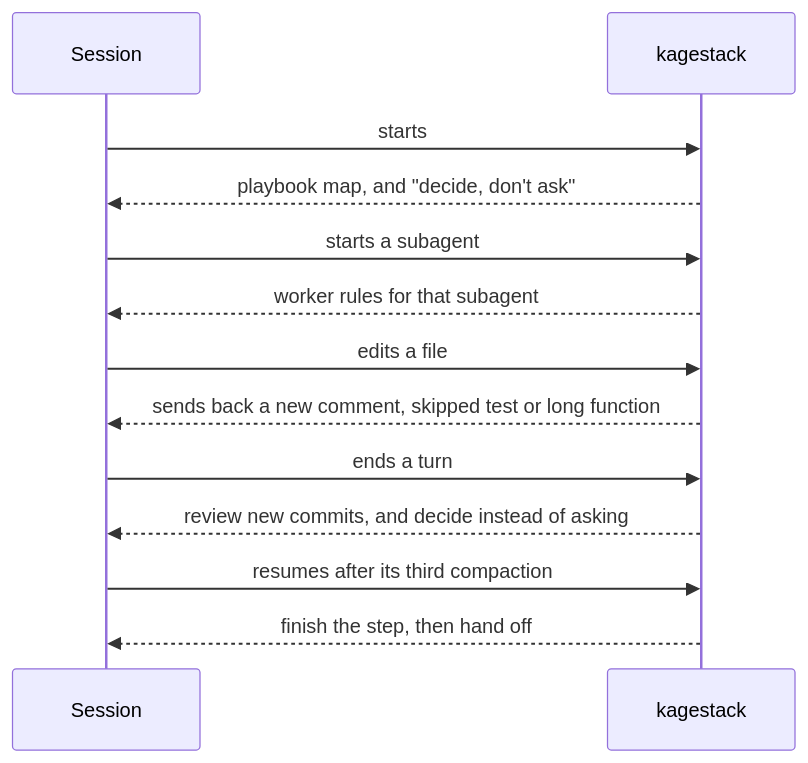
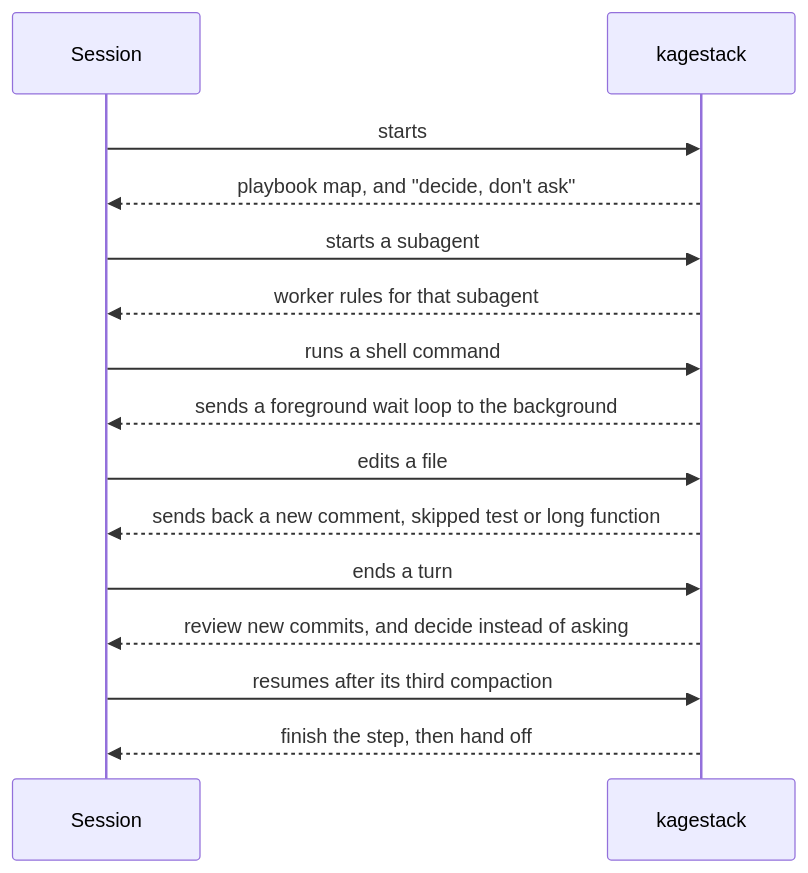
Before and after one commit to aloki-alok/kagestack: the diagram in docs/concepts/hooks.md, drawn with Mermaid. The commit also changed other lines of this file and 4 other files, not shown here.

First line of the commit message:
release: 0.33.0, wait loops go to the background

````diff
--- a/docs/concepts/hooks.md
+++ b/docs/concepts/hooks.md
@@ -1,15 +1,17 @@
 ```mermaid
 sequenceDiagram
   participant S as Session
   participant K as kagestack
   S->>K: starts
   K-->>S: playbook map, and "decide, don't ask"
   S->>K: starts a subagent
   K-->>S: worker rules for that subagent
+  S->>K: runs a shell command
+  K-->>S: sends a foreground wait loop to the background
   S->>K: edits a file
   K-->>S: sends back a new comment, skipped test or long function
   S->>K: ends a turn
   K-->>S: review new commits, and decide instead of asking
   S->>K: resumes after its third compaction
   K-->>S: finish the step, then hand off
 ```
````
